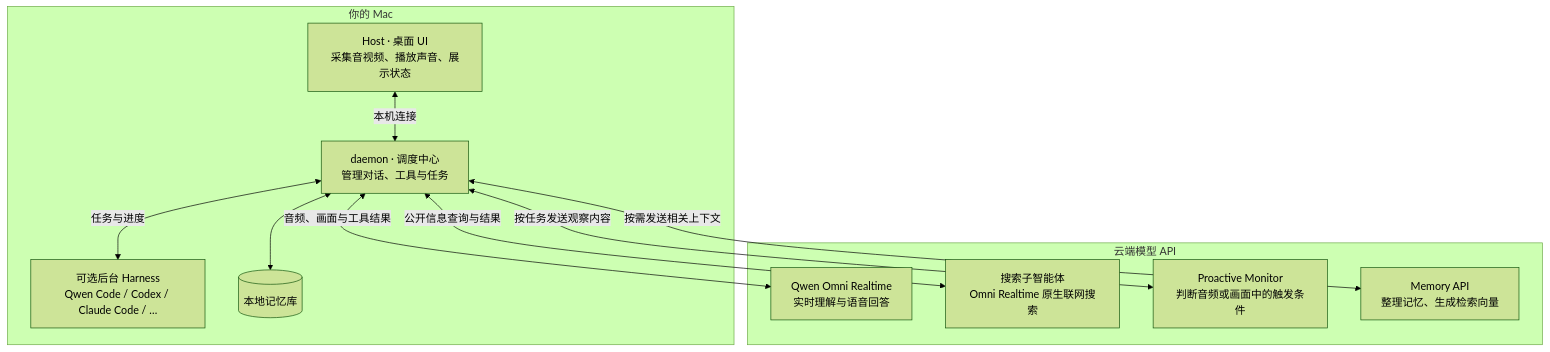
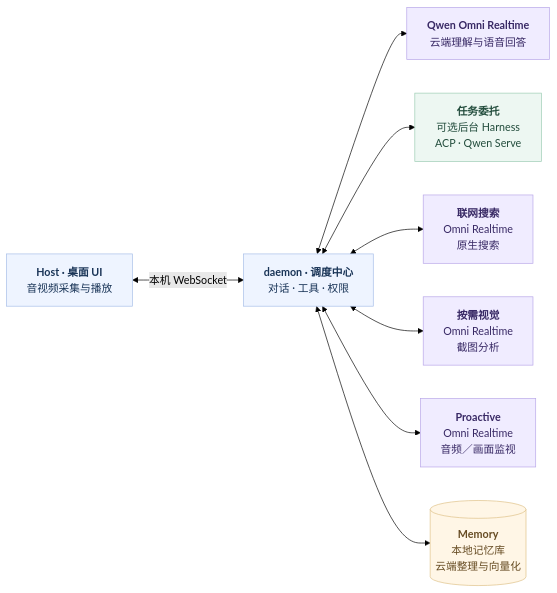
The diagram in README_ZH.md (QwenLM/Qwen-Live-Harness), drawn with Mermaid (forest theme) before and after one commit. The commit also changed other lines of this file and 10 other files, not shown here.

First line of the commit message:
docs: present the bilingual product and architecture guides

````diff
--- a/README_ZH.md
+++ b/README_ZH.md
@@ -136,22 +152,28 @@
 ```mermaid
-flowchart TB
-  subgraph local["你的 Mac"]
-    host["Host · 桌面 UI<br/>采集音视频、播放声音、展示状态"]
-    daemon["daemon · 调度中心<br/>管理对话、工具与任务"]
-    backend["可选后台 Harness<br/>Qwen Code / Codex / Claude Code / …"]
-    memory[("本地记忆库")]
-    host <-->|本机连接| daemon
-    daemon <-->|任务与进度| backend
-    daemon <--> memory
-  end
-  subgraph cloud["云端模型 API"]
-    omni["Qwen Omni Realtime<br/>实时理解与语音回答"]
-    search["搜索子智能体<br/>Omni Realtime 原生联网搜索"]
-    monitor["Proactive Monitor<br/>判断音频或画面中的触发条件"]
-    memoryapi["Memory API<br/>整理记忆、生成检索向量"]
-  end
-  daemon <-->|音频、画面与工具结果| omni
-  daemon <-->|公开信息查询与结果| search
-  daemon <-->|按任务发送观察内容| monitor
-  daemon <-->|按需发送相关上下文| memoryapi
+flowchart LR
+  host["<b>Host · 桌面 UI</b><br/>音视频采集与播放"]
+  daemon["<b>daemon · 调度中心</b><br/>对话 · 工具 · 权限"]
+  omni["<b>Qwen Omni Realtime</b><br/>云端理解与语音回答"]
+  host <-->|本机 WebSocket| daemon
+  daemon <--> omni
+  harness["<b>任务委托</b><br/>可选后台 Harness<br/>ACP · Qwen Serve"]
+  search["<b>联网搜索</b><br/>Omni Realtime<br/>原生搜索"]
+  visual["<b>按需视觉</b><br/>Omni Realtime<br/>截图分析"]
+  monitor["<b>Proactive</b><br/>Omni Realtime<br/>音频／画面监视"]
+  memory[("<b>Memory</b><br/>本地记忆库<br/>云端整理与向量化")]
+
+  daemon <--> harness
+  daemon <--> search
+  daemon <--> visual
+  daemon <--> monitor
+  daemon <--> memory
+
+  classDef local fill:#eef4ff,stroke:#a5bde8,color:#193457,stroke-width:1px
+  classDef model fill:#f0ecff,stroke:#b7a5e8,color:#382965,stroke-width:1px
+  classDef optional fill:#edf7f2,stroke:#9acbb2,color:#234d3d,stroke-width:1px
+  classDef storage fill:#fff6e6,stroke:#dfc086,color:#664b22,stroke-width:1px
+  class host,daemon local
+  class omni,search,visual,monitor model
+  class harness optional
+  class memory storage
 ```
````
